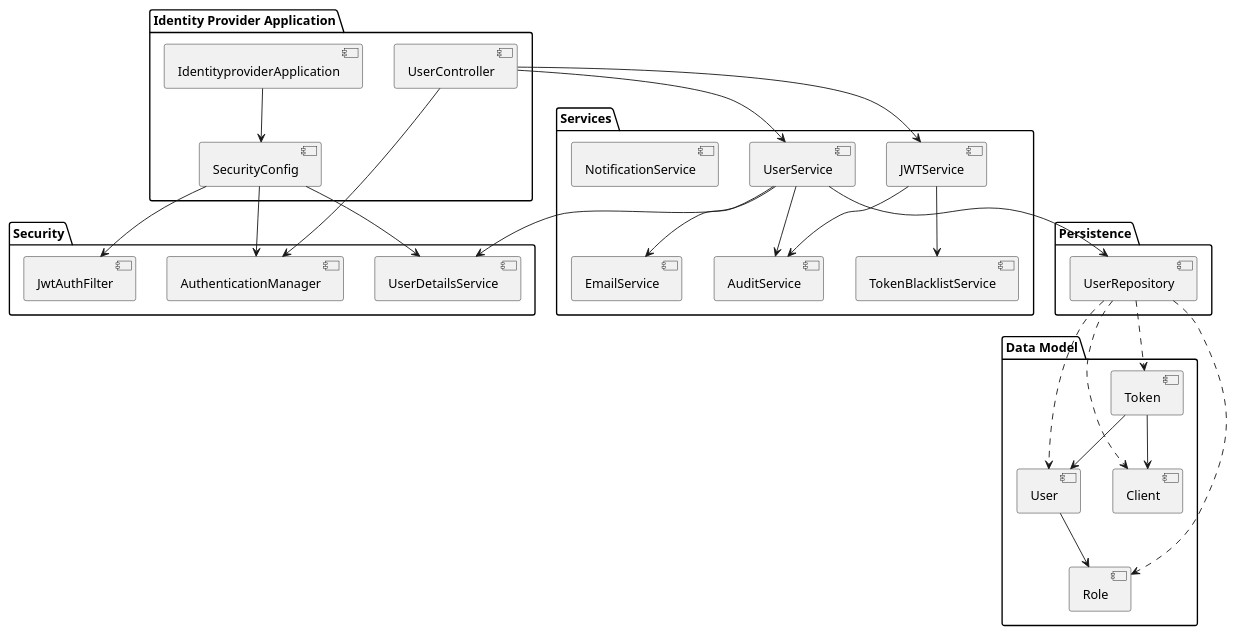
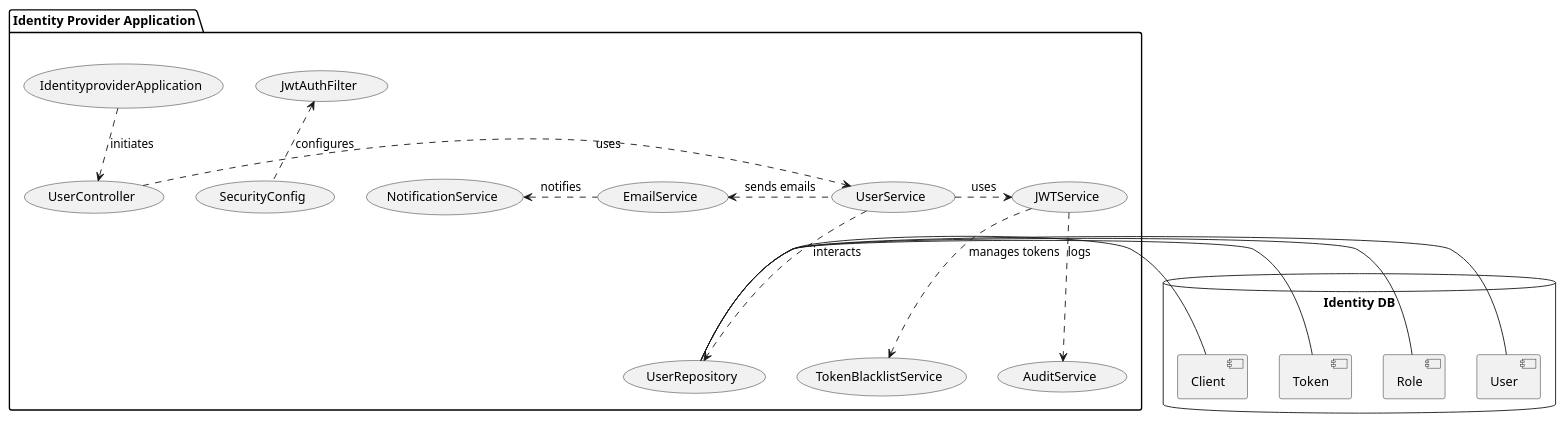
Before and after one commit to shreya-cn/autodev.ai: the diagram in identityprovider/documentation/architecturedesign.adoc, drawn with PlantUML. The commit also changed other lines of this file and 3 other files, not shown here.

```diff
--- a/identityprovider/documentation/architecturedesign.adoc
+++ b/identityprovider/documentation/architecturedesign.adoc
@@ -9,62 +9,42 @@
-[plantuml, diagram-arch, png]
+[plantuml, "system_architecture_diagram", png]
 ----
 @startuml
+
 package "Identity Provider Application" {
-  [IdentityproviderApplication] as App
-  [SecurityConfig] as SecConfig
-  [UserController] as UserCtrl
+    [IdentityproviderApplication] as (Startup)
+    [UserController] as (Controller)
+    [UserService] as (UserService)
+    [JWTService] as (JWTService)
+    [SecurityConfig] as (SecurityConfig)
+    [JwtAuthFilter] as (JwtAuthFilter)
+    [UserRepository] as (UserRepository)
+    [AuditService] as (AuditService)
+    [EmailService] as (EmailService)
+    [TokenBlacklistService] as (TokenBlacklistService)
+    [NotificationService] as (NotificationService)
 }
 
-package "Security" {
-  [JwtAuthFilter] as JwtFilter
-  [UserDetailsService] as UserDetailsSvc
-  [AuthenticationManager] as AuthManager
+database "Identity DB" {
+    [User]
+    [Role]
+    [Token]
+    [Client]
 }
 
-package "Data Model" {
-  [User]
-  [Role]
-  [Client]
-  [Token]
-}
+(Startup) .down.> (Controller) : initiates
+(Controller) .right.> (UserService) : uses
+(UserService) .down.> (UserRepository) : interacts
+(UserService) .right.> (JWTService) : uses
+(JWTService) .down.> (AuditService) : logs
+(JWTService) .down.> (TokenBlacklistService) : manages tokens
+(UserService) .left.> (EmailService) : sends emails
+(EmailService) .left.> (NotificationService) : notifies
+(SecurityConfig) .up.> (JwtAuthFilter) : configures
 
-package "Persistence" {
-  [UserRepository] as UserRepo
-}
-
-package "Services" {
-  [UserService] as UserSvc
-  [JWTService] as JWT
-  [AuditService] as AuditSvc
-  [EmailService] as EmailSvc
-  [NotificationService] as NotificationSvc
-  [TokenBlacklistService] as TokenBlacklistSvc
-}
-
-App --> SecConfig
-SecConfig --> JwtFilter
-SecConfig --> UserDetailsSvc
-SecConfig --> AuthManager
-UserCtrl --> AuthManager
-UserCtrl --> JWT
-UserCtrl --> UserSvc
-
-UserSvc --> UserRepo
-UserSvc --> AuditSvc
-UserSvc --> EmailSvc
-UserSvc --> UserDetailsSvc
-
-JWT --> AuditSvc
-JWT --> TokenBlacklistSvc
-
-UserRepo ..> User
-UserRepo ..> Role
-UserRepo ..> Client
-UserRepo ..> Token
-
-User --> Role
-Token --> User
-Token --> Client
+UserRepository - [User]
+UserRepository - [Role]
+UserRepository - [Token]
+UserRepository - [Client]
 
 @enduml
 ----
```
